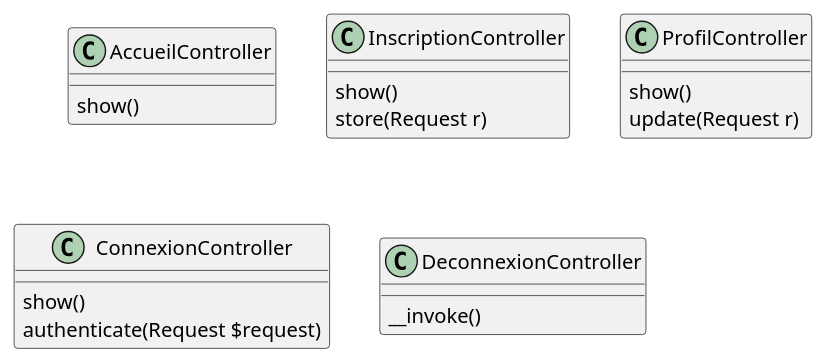
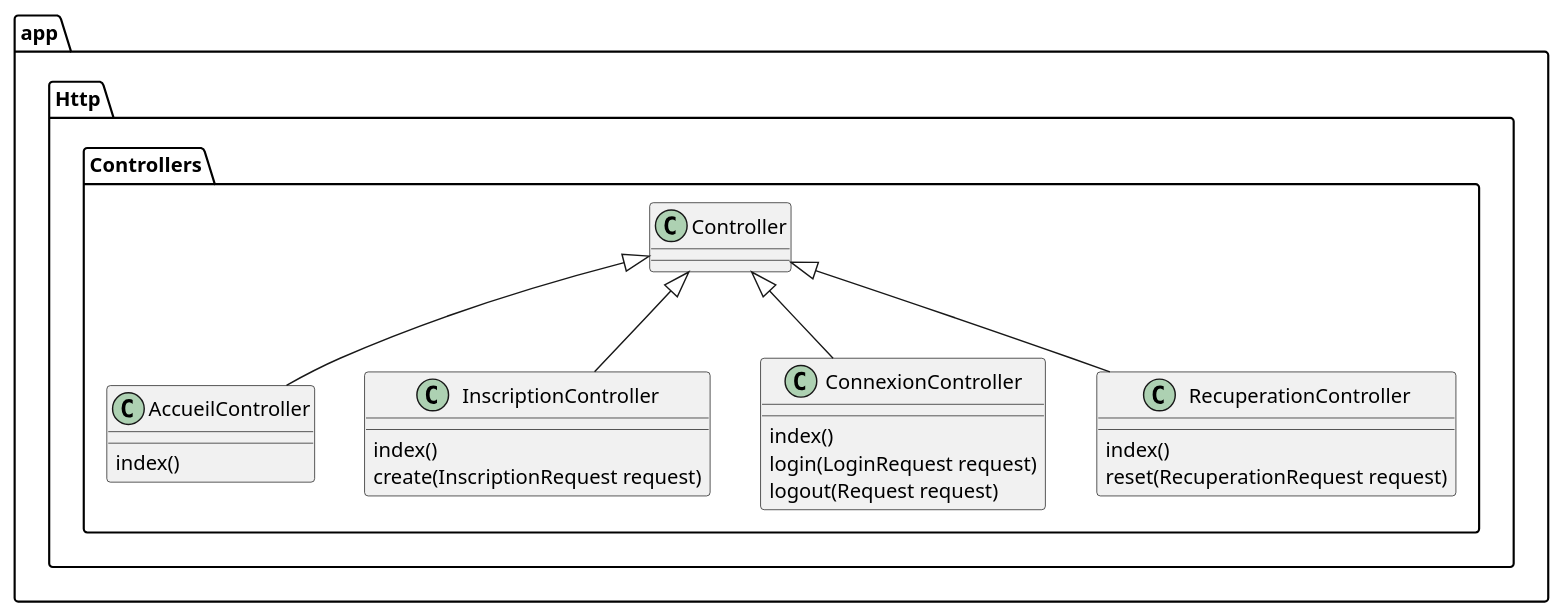
One commit to lmtb06/charevent changed the diagram in diagrammes/classes.puml. Above: the diagram before and after it, drawn with PlantUML.

Commit message:
Mise à jour diagramme de classe

```diff
--- a/diagrammes/classes.puml
+++ b/diagrammes/classes.puml
@@ -1,26 +1,30 @@
 @startuml
 
-class AccueilController {
-	show()
+package app.Http.Controllers {
+	class Controller
+
+	class AccueilController extends Controller {
+		index()
+	}
+
+	class InscriptionController extends Controller {
+		index()
+		create(InscriptionRequest request)
+	}
+
+	class ConnexionController extends Controller{
+		index()
+		login(LoginRequest request)
+		logout(Request request)
+	}
+
+	class RecuperationController extends Controller {
+		index()
+		reset(RecuperationRequest request)
+	}
+
+	' class ApiFetcher {
+	' 	fetch(String $url)
+	' }
 }
-
-class InscriptionController {
-	show()
-	store(Request r)
-}
-
-class ProfilController {
-	show()
-	update(Request r)
-}
-
-class ConnexionController {
-	show()
-	authenticate(Request $request)
-}
-
-class DeconnexionController {
-	__invoke()
-}
-
 @enduml
```
